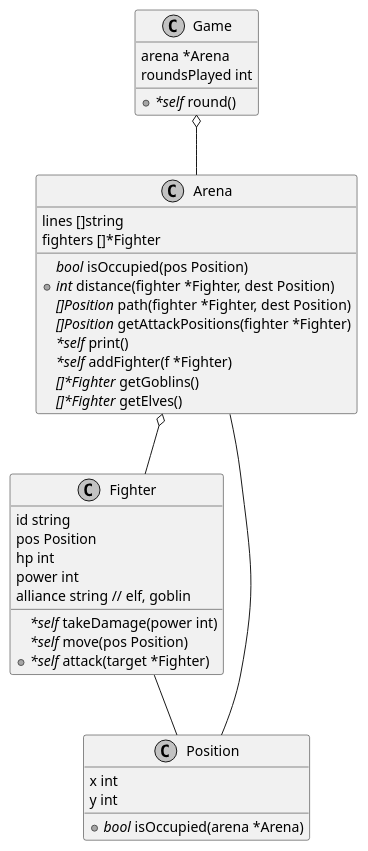
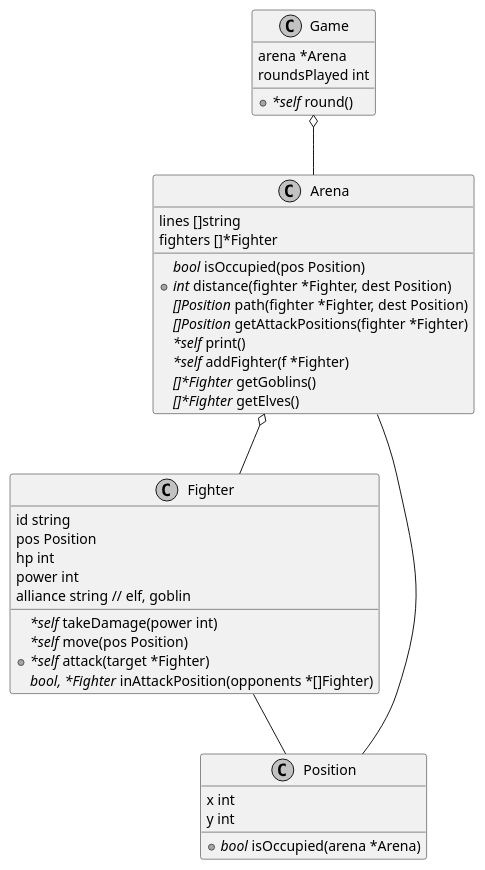
Before and after one commit to rdmueller/aoc-2018: the diagram in day15/go/anoff/README.adoc, drawn with PlantUML. The commit also changed 5 other files, not shown here.

```diff
--- a/day15/go/anoff/README.adoc
+++ b/day15/go/anoff/README.adoc
@@ -10,48 +10,49 @@
 [plantuml, day15-class, png]
 ....
 @startuml
 skinparam defaulttextalignment center
 skinparam monochrome true
 skinparam shadowing false
 class Arena {
   lines []string
   fighters []*Fighter
   //bool// isOccupied(pos Position)
   +//int// distance(fighter *Fighter, dest Position)
   //[]Position// path(fighter *Fighter, dest Position)
   //[]Position// getAttackPositions(fighter *Fighter)
   //*self// print()
   //*self// addFighter(f *Fighter)
   //[]*Fighter// getGoblins()
   //[]*Fighter// getElves()
 }
 
 class Fighter {
 	id string
 	pos Position
 	hp int
 	power int
   alliance string // elf, goblin
   //*self// takeDamage(power int)
   //*self// move(pos Position)
   +//*self// attack(target *Fighter)
+  //bool, *Fighter// inAttackPosition(opponents *[]Fighter)
 }
 
 class Position {
   x int
   y int
   +//bool// isOccupied(arena *Arena)
 }
 
 class Game {
   arena *Arena
   roundsPlayed int
   +//*self// round()
 }
 
 Game o-- Arena
 Arena o-- Fighter
 Fighter -- Position
 Arena -- Position
 @enduml
 ....
```
